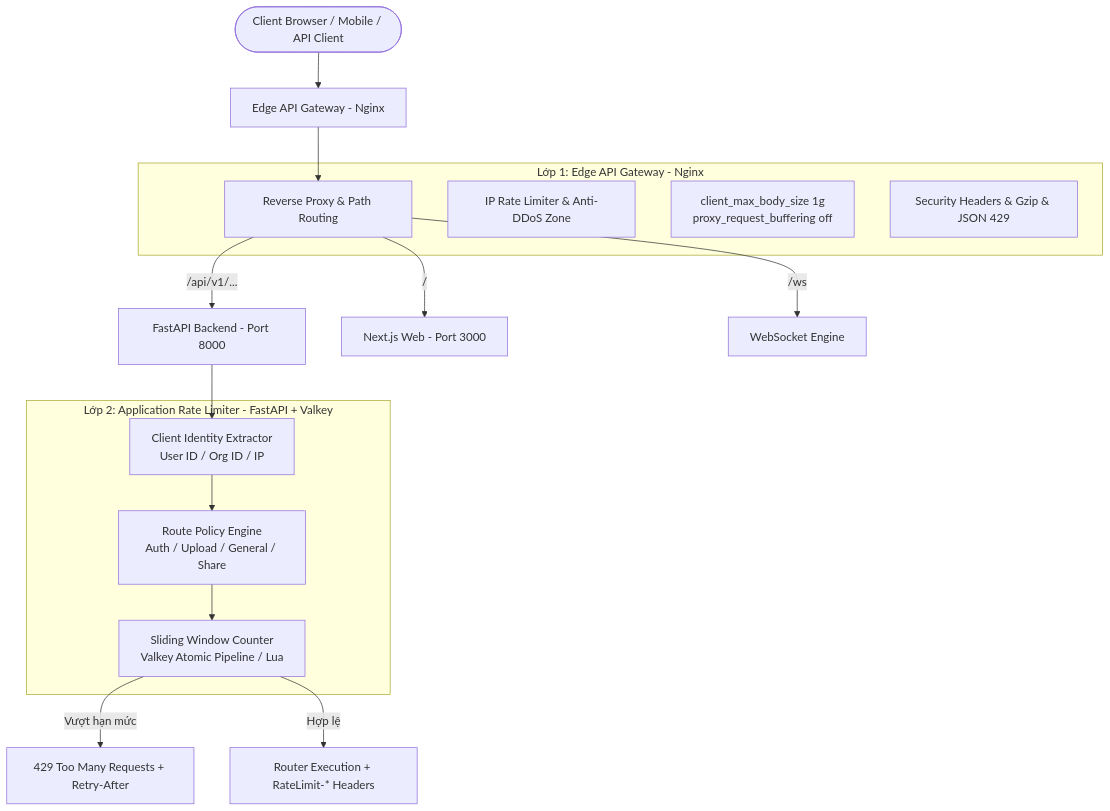
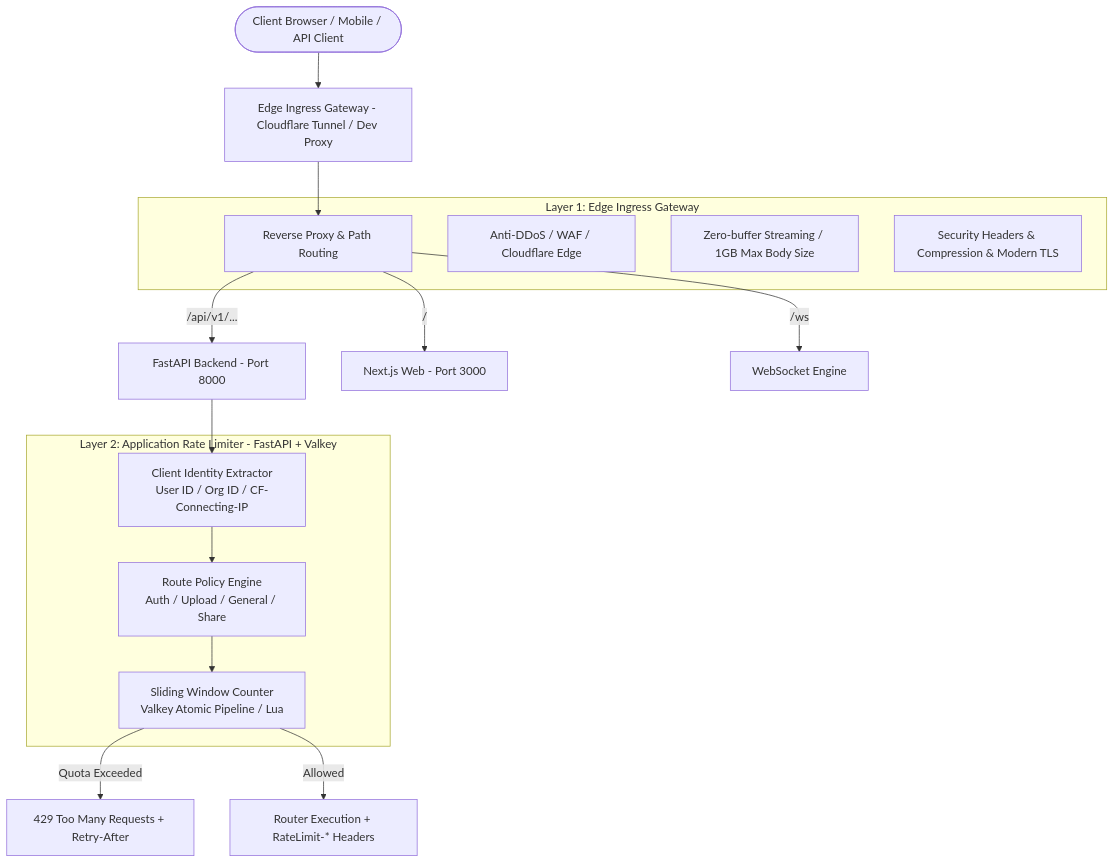
The second of 2 diagrams in docs/API_GATEWAY_AND_RATE_LIMIT_PLAN.md (khanhnkq/feed.io), drawn with Mermaid before and after one commit. The commit also changed other lines of this file and 12 other files, not shown here.

Commit message:
docs: translate and update project planning and architecture documents to English

````diff
--- a/docs/API_GATEWAY_AND_RATE_LIMIT_PLAN.md
+++ b/docs/API_GATEWAY_AND_RATE_LIMIT_PLAN.md
@@ -23,28 +23,28 @@
 ```mermaid
 flowchart TD
-    Client([Client Browser / Mobile / API Client]) --> Gateway[Edge API Gateway - Nginx]
+    Client([Client Browser / Mobile / API Client]) --> Gateway[Edge Ingress Gateway - Cloudflare Tunnel / Dev Proxy]
     
-    subgraph Edge_Gateway [Lớp 1: Edge API Gateway - Nginx]
-        NginxRoute[Reverse Proxy & Path Routing]
-        NginxRateLimit[IP Rate Limiter & Anti-DDoS Zone]
-        NginxBuffering[client_max_body_size 1g<br/>proxy_request_buffering off]
-        NginxHeaders[Security Headers & Gzip & JSON 429]
+    subgraph Edge_Gateway [Layer 1: Edge Ingress Gateway]
+        EdgeRoute[Reverse Proxy & Path Routing]
+        EdgeProtection[Anti-DDoS / WAF / Cloudflare Edge]
+        EdgeBuffering[Zero-buffer Streaming / 1GB Max Body Size]
+        EdgeHeaders[Security Headers & Compression & Modern TLS]
     end
 
-    Gateway --> NginxRoute
-    NginxRoute -->|"/api/v1/..."| Backend[FastAPI Backend - Port 8000]
-    NginxRoute -->|"/"| Frontend[Next.js Web - Port 3000]
-    NginxRoute -->|"/ws"| WSBackend[WebSocket Engine]
+    Gateway --> EdgeRoute
+    EdgeRoute -->|"/api/v1/..."| Backend[FastAPI Backend - Port 8000]
+    EdgeRoute -->|"/"| Frontend[Next.js Web - Port 3000]
+    EdgeRoute -->|"/ws"| WSBackend[WebSocket Engine]
 
-    subgraph App_Gateway [Lớp 2: Application Rate Limiter - FastAPI + Valkey]
-        IdentityExtractor[Client Identity Extractor<br/>User ID / Org ID / IP]
+    subgraph App_Gateway [Layer 2: Application Rate Limiter - FastAPI + Valkey]
+        IdentityExtractor[Client Identity Extractor<br/>User ID / Org ID / CF-Connecting-IP]
         SlidingWindow[Sliding Window Counter<br/>Valkey Atomic Pipeline / Lua]
         PolicyEngine[Route Policy Engine<br/>Auth / Upload / General / Share]
     end
 
     Backend --> IdentityExtractor
     IdentityExtractor --> PolicyEngine
     PolicyEngine --> SlidingWindow
-    SlidingWindow -->|Vượt hạn mức| HTTP429[429 Too Many Requests + Retry-After]
-    SlidingWindow -->|Hợp lệ| EndpointExec[Router Execution + RateLimit-* Headers]
+    SlidingWindow -->|Quota Exceeded| HTTP429[429 Too Many Requests + Retry-After]
+    SlidingWindow -->|Allowed| EndpointExec[Router Execution + RateLimit-* Headers]
 ```
````
